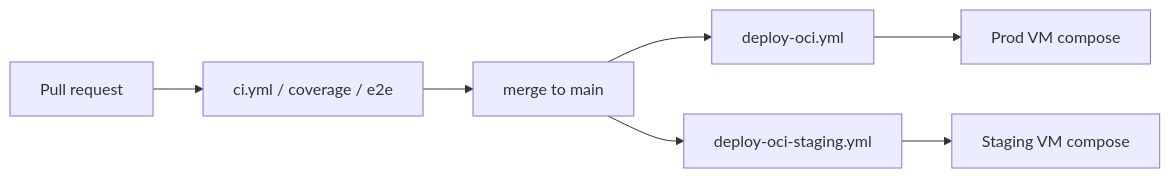
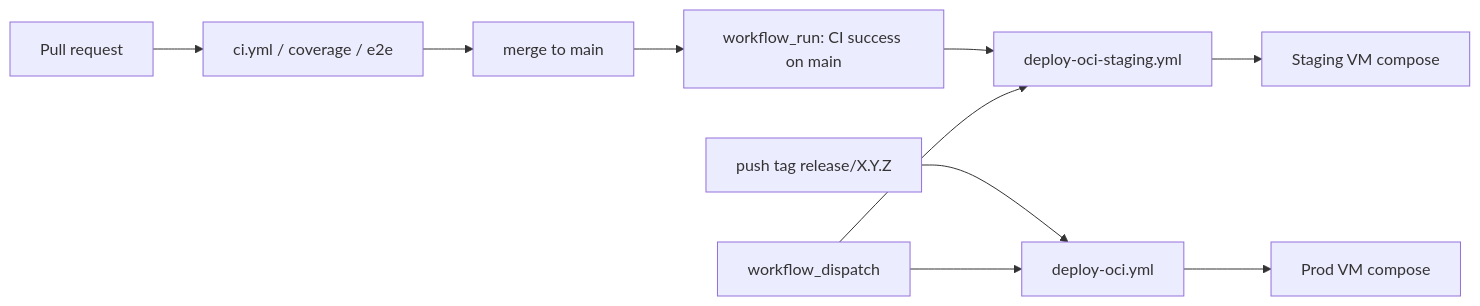
The diagram in docs/explanation/architecture/07-deployment.md (menonu/ymatch), drawn with Mermaid before and after one commit. The commit also changed other lines of this file and 6 other files, not shown here.

First line of the commit message:
docs: fix architecture accuracy per standalone review

````diff
--- a/docs/explanation/architecture/07-deployment.md
+++ b/docs/explanation/architecture/07-deployment.md
@@ -71,9 +73,12 @@
 ```mermaid
 flowchart LR
   PR[Pull request] --> CI[ci.yml / coverage / e2e]
   CI --> Main[merge to main]
-  Main --> DepP[deploy-oci.yml]
-  Main --> DepS[deploy-oci-staging.yml]
+  Main --> StgTrig[workflow_run: CI success on main]
+  StgTrig --> DepS[deploy-oci-staging.yml]
+  DepS --> StgVM[Staging VM compose]
+  Tag[push tag release/X.Y.Z] --> DepP[deploy-oci.yml]
+  Manual[workflow_dispatch] --> DepP
+  Manual --> DepS
   DepP --> ProdVM[Prod VM compose]
-  DepS --> StgVM[Staging VM compose]
 ```
````
